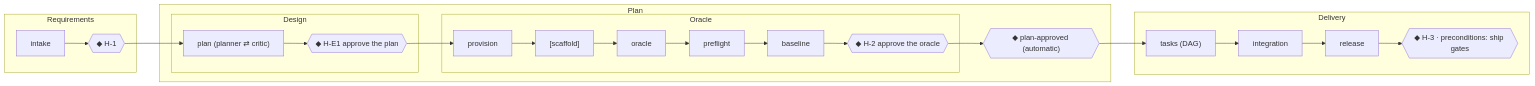
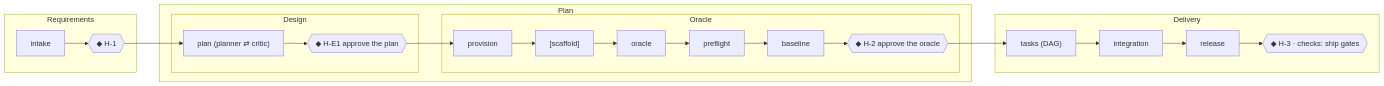
The fifth of 6 diagrams in docs/architecture.md (mr-miles/orchestrator), drawn with Mermaid before and after one commit. The commit also changed other lines of this file and 28 other files, not shown here.

````diff
--- a/docs/architecture.md
+++ b/docs/architecture.md
@@ -391,21 +391,20 @@
 ```mermaid
 flowchart LR
     subgraph REQ["Requirements"]
         intake --> H1{{"◆ H-1"}}
     end
     subgraph PLAN["Plan"]
         subgraph DES["Design"]
             plan["plan (planner ⇄ critic)"] --> HE1{{"◆ H-E1 approve the plan"}}
         end
         subgraph ORC["Oracle"]
             provision --> scaffold["[scaffold]"] --> oracle --> preflight --> baseline --> H2{{"◆ H-2 approve the oracle"}}
         end
         HE1 --> provision
-        H2 --> PG{{"◆ plan-approved (automatic)"}}
     end
     subgraph DEL["Delivery"]
-        tasks["tasks (DAG)"] --> integration --> release --> H3{{"◆ H-3 · preconditions: ship gates"}}
+        tasks["tasks (DAG)"] --> integration --> release --> H3{{"◆ H-3 · checks: ship gates"}}
     end
     H1 --> plan
-    PG --> tasks
+    H2 --> tasks
 ```
````
